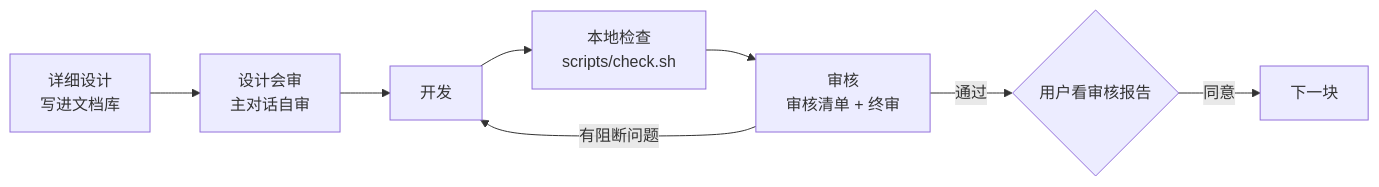
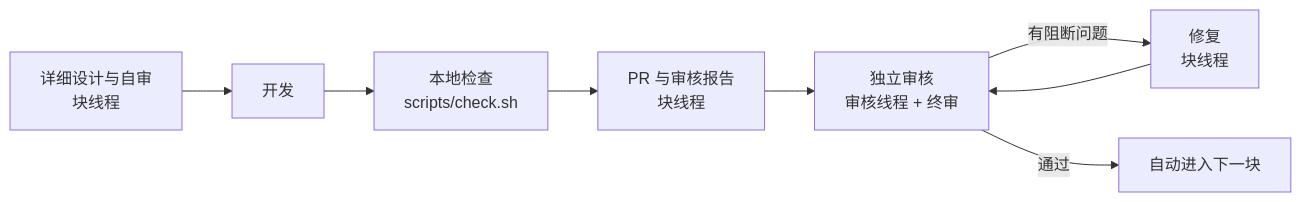
One commit to LeXwDeX/DevOps-Agent changed the first of 2 diagrams in docs/50-engineering/54-phases-and-acceptance.md. Above: the diagram before and after it, drawn with Mermaid. The commit also changed other lines of this file and 4 other files, not shown here.

````diff
--- a/docs/50-engineering/54-phases-and-acceptance.md
+++ b/docs/50-engineering/54-phases-and-acceptance.md
@@ -25,10 +25,10 @@
 ```mermaid
 flowchart LR
-    D[详细设计<br/>写进文档库] --> C[设计会审<br/>主对话自审]
-    C --> B[开发]
+    D[详细设计与自审<br/>块线程] --> B[开发]
     B --> K[本地检查<br/>scripts/check.sh]
-    K --> R[审核<br/>审核清单 + 终审]
-    R -- 有阻断问题 --> B
-    R -- 通过 --> U{用户看审核报告}
-    U -- 同意 --> N[下一块]
+    K --> P[PR 与审核报告<br/>块线程]
+    P --> R[独立审核<br/>审核线程 + 终审]
+    R -- 有阻断问题 --> F[修复<br/>块线程]
+    F --> R
+    R -- 通过 --> N[自动进入下一块]
 ```
````
